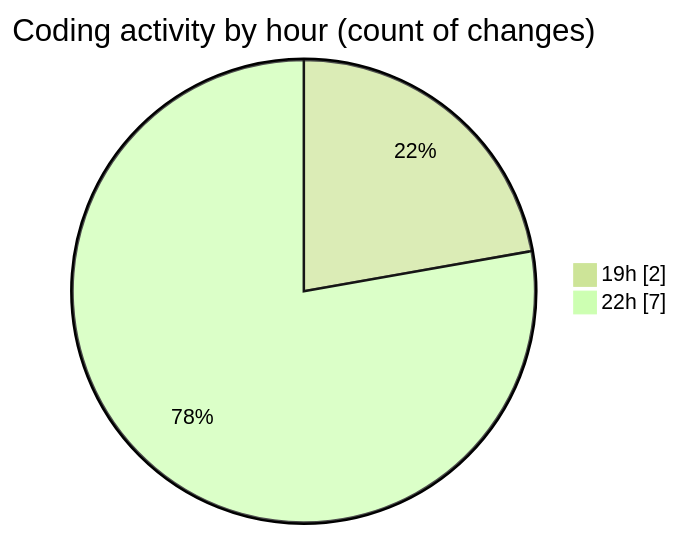
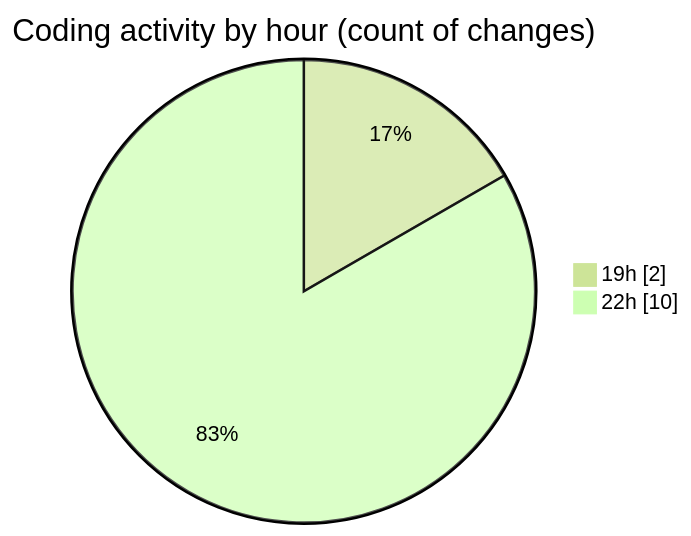
Before and after one commit to julien-gomy/code-tracking: the second of 2 diagrams in 2025-11-05/cdp_aleoudev_fr__workspace_/README.md, drawn with Mermaid (forest theme). The commit also changed other lines of this file and 1 other file, not shown here.

````diff
--- a/2025-11-05/cdp_aleoudev_fr__workspace_/README.md
+++ b/2025-11-05/cdp_aleoudev_fr__workspace_/README.md
@@ -29,6 +29,6 @@
 ```mermaid
 pie showData
 title Coding activity by hour (count of changes)
 "19h" : 2
-"22h" : 7
+"22h" : 10
 ```
````
